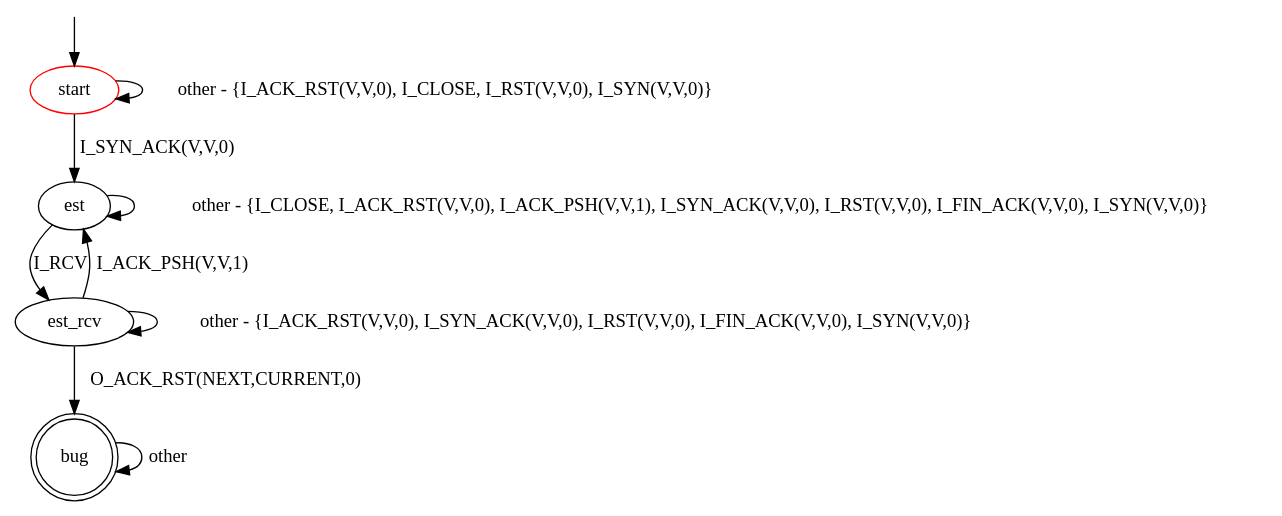
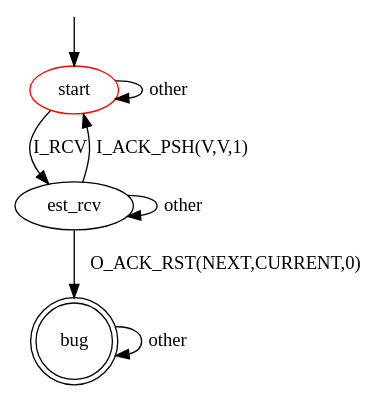
One commit to assist-project/state-machine-bug-finder changed the diagram in src/main/resources/patterns/tcp/Unexpected_RST.dot. Above: the diagram before and after it, drawn with Graphviz. The commit also changed 1 other file, not shown here.

```diff
--- a/src/main/resources/patterns/tcp/Unexpected_RST.dot
+++ b/src/main/resources/patterns/tcp/Unexpected_RST.dot
@@ -1,19 +1,16 @@
 digraph G {
 label=""
 start [color="red"]
 bug [shape="doublecircle"]
 
-start -> start [label="other - {I_ACK_RST(V,V,0), I_CLOSE, I_RST(V,V,0), I_SYN(V,V,0)}"]
-start -> est [label="I_SYN_ACK(V,V,0)"]
-est -> est_rcv [label="I_RCV"]
-est -> est [label="other - {I_CLOSE, I_ACK_RST(V,V,0), I_ACK_PSH(V,V,1), I_SYN_ACK(V,V,0), I_RST(V,V,0), I_FIN_ACK(V,V,0), I_SYN(V,V,0)}"]
-est_rcv -> est [label="I_ACK_PSH(V,V,1)"]
-est_rcv -> est_rcv [label="other - {I_ACK_RST(V,V,0), I_SYN_ACK(V,V,0), I_RST(V,V,0), I_FIN_ACK(V,V,0), I_SYN(V,V,0)}"]
+start -> est_rcv [label="I_RCV"]
+start -> start [label="other"]
+est_rcv -> start [label="I_ACK_PSH(V,V,1)"]
+est_rcv -> est_rcv [label="other"]
 est_rcv -> bug [label="O_ACK_RST(NEXT,CURRENT,0)"]
-
 
 bug -> bug [label="other"]
 
 __start0 [label="" shape="none" width="0" height="0"];
 __start0 -> start;
 }
```
